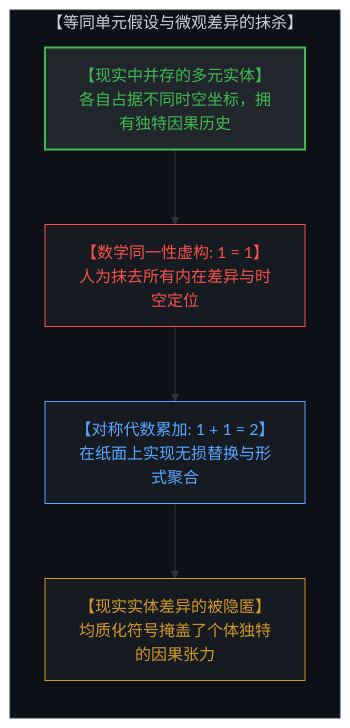
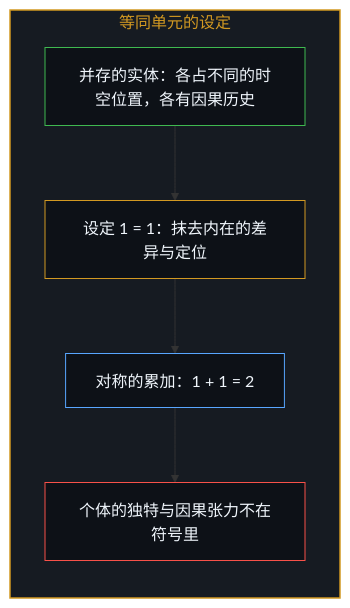
One commit to powerpig99/not-a-toe changed the third of 12 diagrams in content/posts/the-illusion-of-the-tool-and-the-inversion-of-time.md. Above: the diagram before and after it, drawn with Mermaid. The commit also changed other lines of this file and 2 other files, not shown here.

Commit message:
Refine the-illusion-of-the-tool: alternating bilingual layout, six paired diagrams, continuity as the coherence of causality, implicit first person

````diff
--- a/content/posts/the-illusion-of-the-tool-and-the-inversion-of-time.md
+++ b/content/posts/the-illusion-of-the-tool-and-the-inversion-of-time.md
@@ -86,18 +77,19 @@
 ```mermaid
-graph TD
-    subgraph IdentityFiction["【等同单元假设与微观差异的抹杀】"]
+flowchart TD
+    subgraph S_Unit["等同单元的设定"]
         direction TB
-        RealEntities["【现实中并存的多元实体】<br>各自占据不同时空坐标，拥有独特因果历史"]
-        IdentityAxiom["【数学同一性虚构: 1 = 1】<br>人为抹去所有内在差异与时空定位"]
-        FrictionlessAddition["【对称代数累加: 1 + 1 = 2】<br>在纸面上实现无损替换与形式聚合"]
-        LivingDiversityEradicated["【现实实体差异的被隐匿】<br>均质化符号掩盖了个体独特的因果张力"]
-        RealEntities --> IdentityAxiom
-        IdentityAxiom --> FrictionlessAddition
-        FrictionlessAddition --> LivingDiversityEradicated
+        Real["并存的实体：各占不同的时空位置，各有因果历史"]
+        Axiom["设定 1 = 1：抹去内在的差异与定位"]
+        Add["对称的累加：1 + 1 = 2"]
+        Gone["个体的独特与因果张力不在符号里"]
+        Real --> Axiom
+        Axiom --> Add
+        Add --> Gone
     end
-    style IdentityFiction fill:#0d1117,stroke:#30363d,stroke-width:1px,color:#c9d1d9
-    style RealEntities fill:#21262d,stroke:#3fb950,stroke-width:2px,color:#3fb950
-    style IdentityAxiom fill:#161b22,stroke:#f85149,stroke-width:1px,color:#f85149
-    style FrictionlessAddition fill:#161b22,stroke:#58a6ff,stroke-width:1px,color:#58a6ff
-    style LivingDiversityEradicated fill:#161b22,stroke:#d29922,stroke-width:1px,color:#d29922
+
+    style S_Unit fill:#161b22,stroke:#d29922,stroke-width:1.5px,color:#d29922
+    style Real fill:#0d1117,stroke:#3fb950,stroke-width:1px,color:#f0f6fc
+    style Axiom fill:#0d1117,stroke:#d29922,stroke-width:1px,color:#f0f6fc
+    style Add fill:#0d1117,stroke:#58a6ff,stroke-width:1px,color:#f0f6fc
+    style Gone fill:#0d1117,stroke:#f85149,stroke-width:1px,color:#f0f6fc
 ```
````
